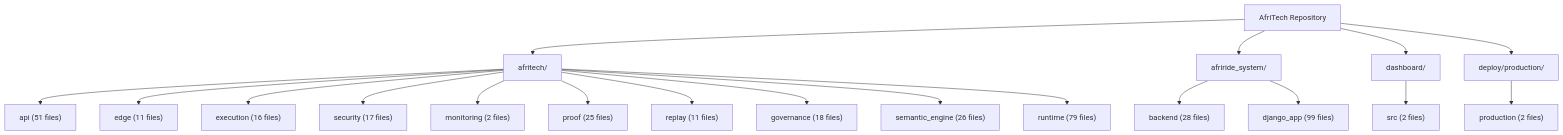
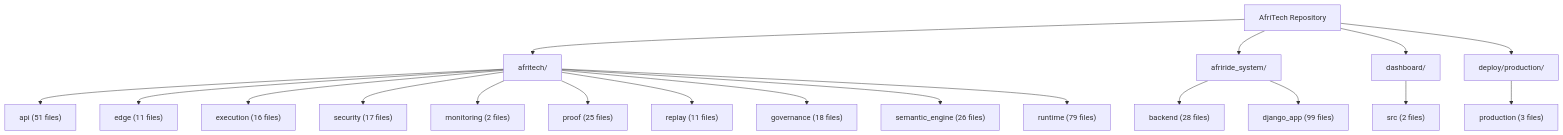
Before and after one commit to Strelly2023/afritelematics: the second of 2 diagrams in docs/architecture/AFRITECH_FULL_ARCHITECTURE_GRAPH.md, drawn with Mermaid. The commit also changed other lines of this file and 17 other files, not shown here.

````diff
--- a/docs/architecture/AFRITECH_FULL_ARCHITECTURE_GRAPH.md
+++ b/docs/architecture/AFRITECH_FULL_ARCHITECTURE_GRAPH.md
@@ -64,23 +64,23 @@
 ```mermaid
 flowchart TD
     Root["AfriTech Repository"] --> Core["afritech/"]
     Root --> Ride["afriride_system/"]
     Root --> Ui["dashboard/"]
     Root --> Deploy["deploy/production/"]
 
     Core --> Api["api (51 files)"]
     Core --> Edge["edge (11 files)"]
     Core --> Execution["execution (16 files)"]
     Core --> Security["security (17 files)"]
     Core --> Monitoring["monitoring (2 files)"]
     Core --> Proof["proof (25 files)"]
     Core --> Replay["replay (11 files)"]
     Core --> Governance["governance (18 files)"]
     Core --> Semantic["semantic_engine (26 files)"]
     Core --> Runtime["runtime (79 files)"]
 
     Ride --> Backend["backend (28 files)"]
     Ride --> Django["django_app (99 files)"]
     Ui --> Dashboard["src (2 files)"]
-    Deploy --> Production["production (2 files)"]
+    Deploy --> Production["production (3 files)"]
 ```
````
